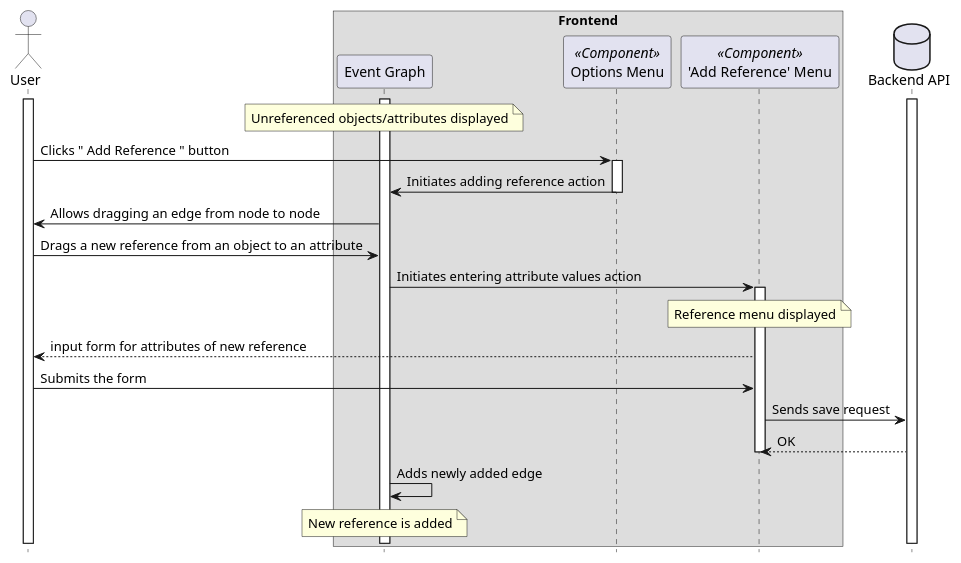
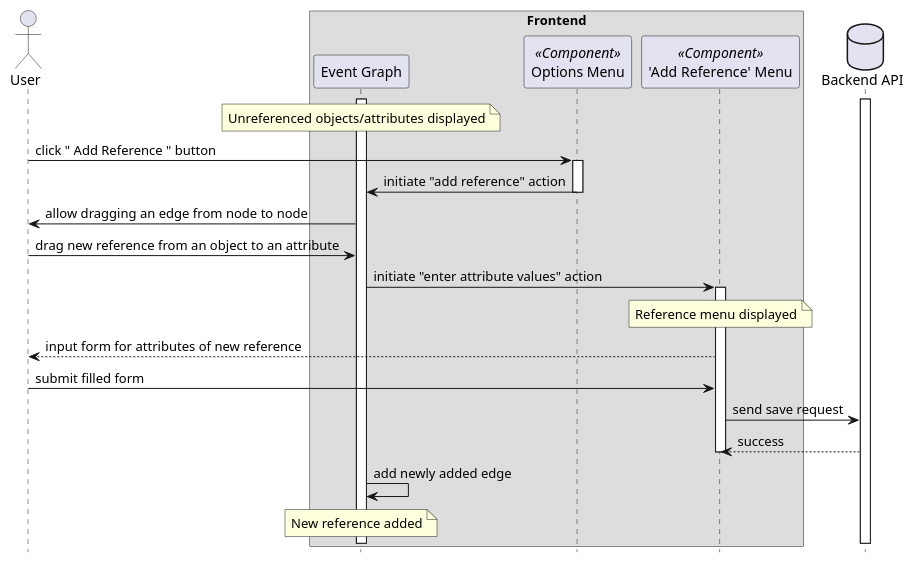
The diagram in docs/sequencediagrams/plantuml/add_reference.plantuml (Modern-MISP/frontend), drawn with PlantUML before and after one commit.

Commit message:
formatingt 'add reference' sequence digram

```diff
--- a/docs/sequencediagrams/plantuml/add_reference.plantuml
+++ b/docs/sequencediagrams/plantuml/add_reference.plantuml
@@ -1,47 +1,46 @@
 @startuml "Add Reference between Object and attribute in Event-Graph"
 hide footbox
 
 actor User as user
 box "Frontend"
 participant "Event Graph" as eventgraph
 participant "Options Menu" as optmenu <<Component>>
 participant "'Add Reference' Menu" as addreferencemenu <<Component>>
 end box
 database "Backend API" as api
 
-activate user
 activate api
 activate eventgraph
 note over eventgraph : Unreferenced objects/attributes displayed
 
 
-user -> optmenu: Clicks " Add Reference " button
+user -> optmenu: click " Add Reference " button
 activate optmenu
 
-optmenu -> eventgraph: Initiates adding reference action
+optmenu -> eventgraph: initiate "add reference" action
 deactivate optmenu
 
-eventgraph -> user: Allows dragging an edge from node to node
+eventgraph -> user: allow dragging an edge from node to node
 
-user -> eventgraph: Drags a new reference from an object to an attribute
+user -> eventgraph: drag new reference from an object to an attribute
 
-eventgraph -> addreferencemenu: Initiates entering attribute values action
+eventgraph -> addreferencemenu: initiate "enter attribute values" action
 
 
 activate addreferencemenu
 note over addreferencemenu: Reference menu displayed
 
 addreferencemenu --> user:input form for attributes of new reference
 
-user -> addreferencemenu: Submits the form
+user -> addreferencemenu: submit filled form
 
-addreferencemenu -> api: Sends save request
+addreferencemenu -> api: send save request
 
-api --> addreferencemenu: OK
+api --> addreferencemenu: success
 deactivate addreferencemenu
 
-eventgraph -> eventgraph: Adds newly added edge
+eventgraph -> eventgraph: add newly added edge
 
-note over eventgraph : New reference is added
+note over eventgraph : New reference added
 
 @enduml
```
